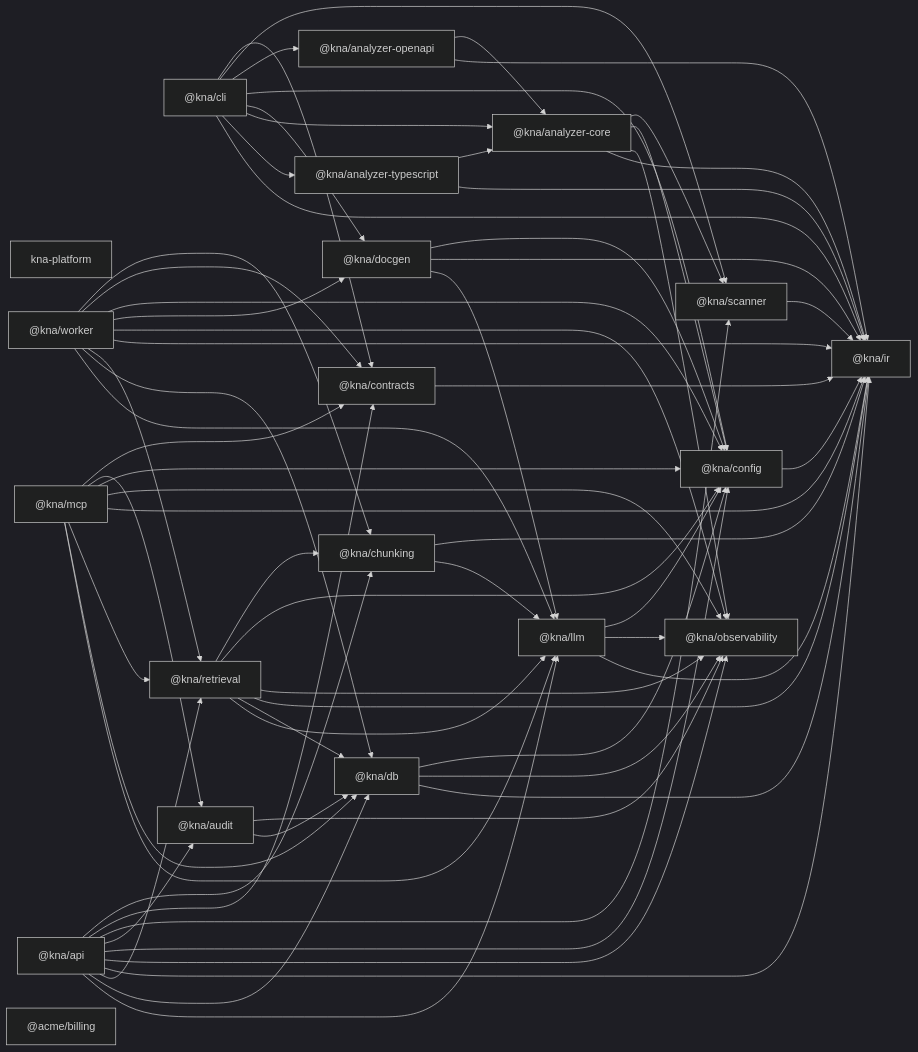
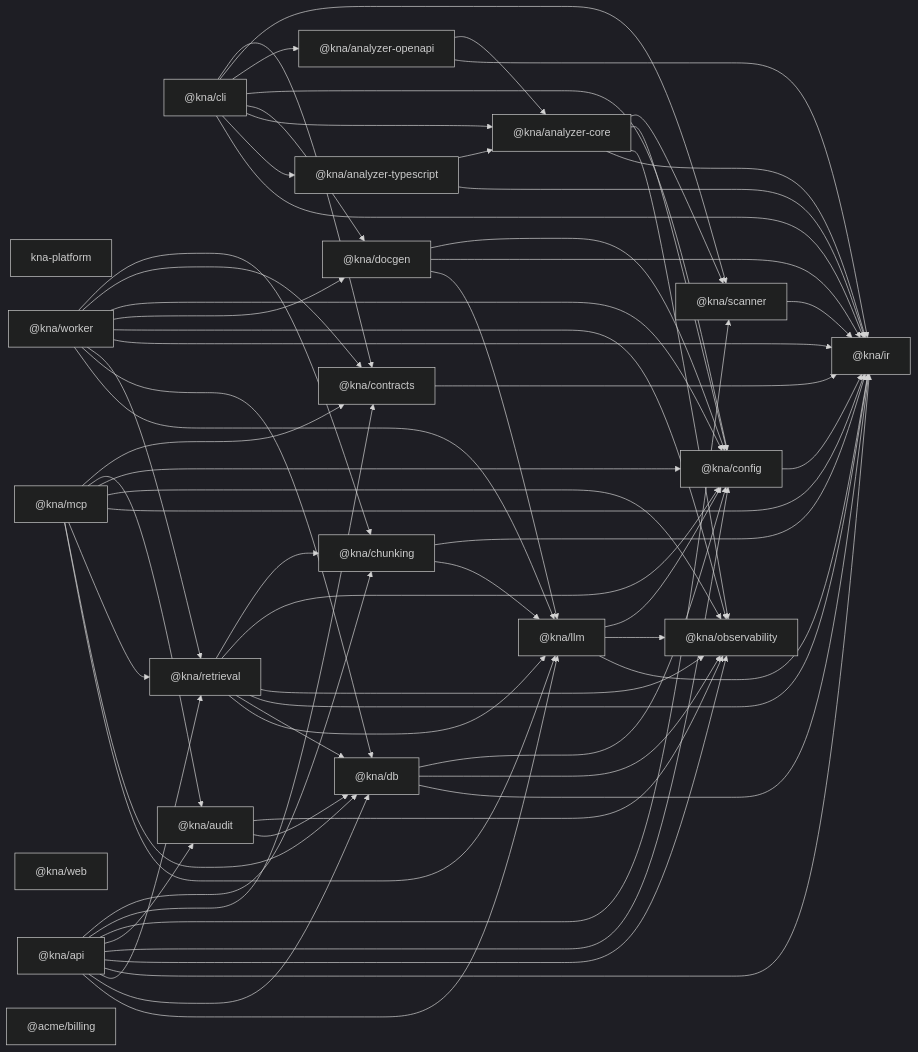
Before and after one commit to NMsanka/kna: the second of 2 diagrams in docs/generated/architecture/overview.md, drawn with Mermaid (dark theme). The commit also changed other lines of this file and 12 other files, not shown here.

```diff
--- a/docs/generated/architecture/overview.md
+++ b/docs/generated/architecture/overview.md
@@ -137,6 +139,7 @@
   nhlj2kt["@kna/api"]
   nszx0fb["@kna/cli"]
   nok97yi["@kna/mcp"]
+  n5jhgf7["@kna/web"]
   nmbkpwu["@kna/worker"]
   nekc84h["@kna/analyzer-core"]
   ng38xj1["@kna/analyzer-openapi"]
```
